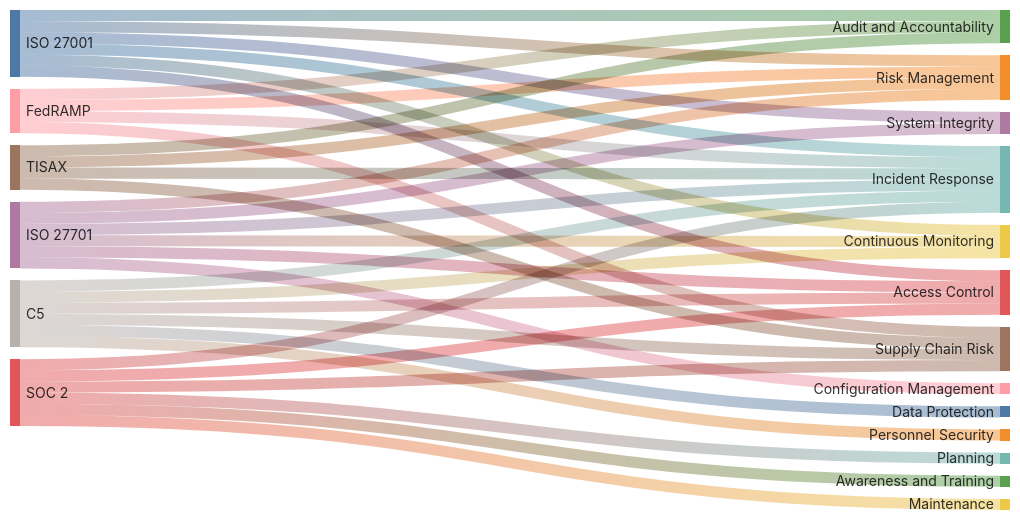
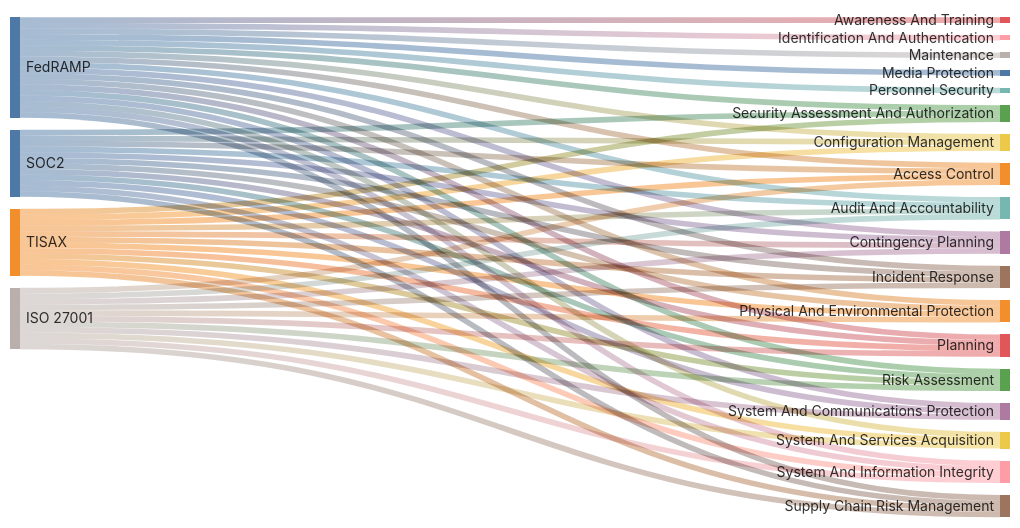
The diagram in README.md (jluufigma/grc-docs), drawn with Mermaid before and after one commit.

````diff
--- a/README.md
+++ b/README.md
@@ -4,52 +4,71 @@
 ```mermaid
 ---
 config:
  themeCSS: white
  sankey: 
   showValues: false
   width: 1000
   height: 500
   linkColor: 'gradient'
   nodeAlignment: 'center'
 ---
 sankey-beta
 
 %% Frameworks,Policies,Weight
-ISO 27001,Risk Management,1
+
+FedRAMP,Access Control,1
+FedRAMP,Awareness And Training,1
+FedRAMP,Audit And Accountability,1
+FedRAMP,Security Assessment And Authorization,1
+FedRAMP,Configuration Management,1
+FedRAMP,Contingency Planning,1
+FedRAMP,Identification And Authentication,1
+FedRAMP,Incident Response,1
+FedRAMP,Maintenance,1
+FedRAMP,Media Protection,1
+FedRAMP,Physical And Environmental Protection,1
+FedRAMP,Planning,1
+FedRAMP,Personnel Security,1
+FedRAMP,Risk Assessment,1
+FedRAMP,System And Services Acquisition,1
+FedRAMP,System And Communications Protection,1
+FedRAMP,System And Information Integrity,1
+FedRAMP,Supply Chain Risk Management,1
 ISO 27001,Access Control,1
-ISO 27001,Incident Response ,1
-ISO 27001,Audit and Accountability,1
-ISO 27001,Continuous Monitoring,1
-ISO 27001,System Integrity,1
+ISO 27001,Audit And Accountability,1
+ISO 27001,Contingency Planning,1
+ISO 27001,Incident Response,1
+ISO 27001,Physical And Environmental Protection,1
+ISO 27001,Planning,1
+ISO 27001,Risk Assessment,1
+ISO 27001,System And Services Acquisition,1
+ISO 27001,System And Communications Protection,1
+ISO 27001,System And Information Integrity,1
+ISO 27001,Supply Chain Risk Management,1
+SOC2,Access Control,1
+SOC2,Audit And Accountability,1
+SOC2,Security Assessment And Authorization,1
+SOC2,Configuration Management,1
+SOC2,Contingency Planning,1
+SOC2,Incident Response,1
+SOC2,Physical And Environmental Protection,1
+SOC2,Planning,1
+SOC2,Risk Assessment,1
+SOC2,System And Communications Protection,1
+SOC2,System And Information Integrity,1
+SOC2,Supply Chain Risk Management,1
+TISAX,Access Control,1
+TISAX,Audit And Accountability,1
+TISAX,Security Assessment And Authorization,1
+TISAX,Configuration Management,1
+TISAX,Contingency Planning,1
+TISAX,Incident Response,1
+TISAX,Physical And Environmental Protection,1
+TISAX,Planning,1
+TISAX,Risk Assessment,1
+TISAX,System And Services Acquisition,1
+TISAX,System And Information Integrity,1
+TISAX,Supply Chain Risk Management,1
 
-FedRAMP,Audit and Accountability,1
-FedRAMP,Incident Response,1
-FedRAMP,Supply Chain Risk,1
-FedRAMP,Risk Management,1
 
-C5,Access Control,1
-C5,Incident Response,1
-C5,Continuous Monitoring,1
-C5,Data Protection,1
-C5,Supply Chain Risk,1
-C5,Personnel Security ,1
-
-SOC 2,Access Control,1
-SOC 2,Incident Response,1
-SOC 2,Planning,1
-SOC 2,Awareness and Training,1
-SOC 2,Supply Chain Risk,1
-SOC 2,Maintenance ,1
-
-ISO 27701,Risk Management,1
-ISO 27701,Access Control,1
-ISO 27701,Incident Response ,1
-ISO 27701,Configuration Management,1
-ISO 27701,Continuous Monitoring,1
-ISO 27701,System Integrity,1
-
-TISAX,Audit and Accountability,1
-TISAX,Incident Response,1
-TISAX,Supply Chain Risk,1
-TISAX,Risk Management,1
 ```
````
